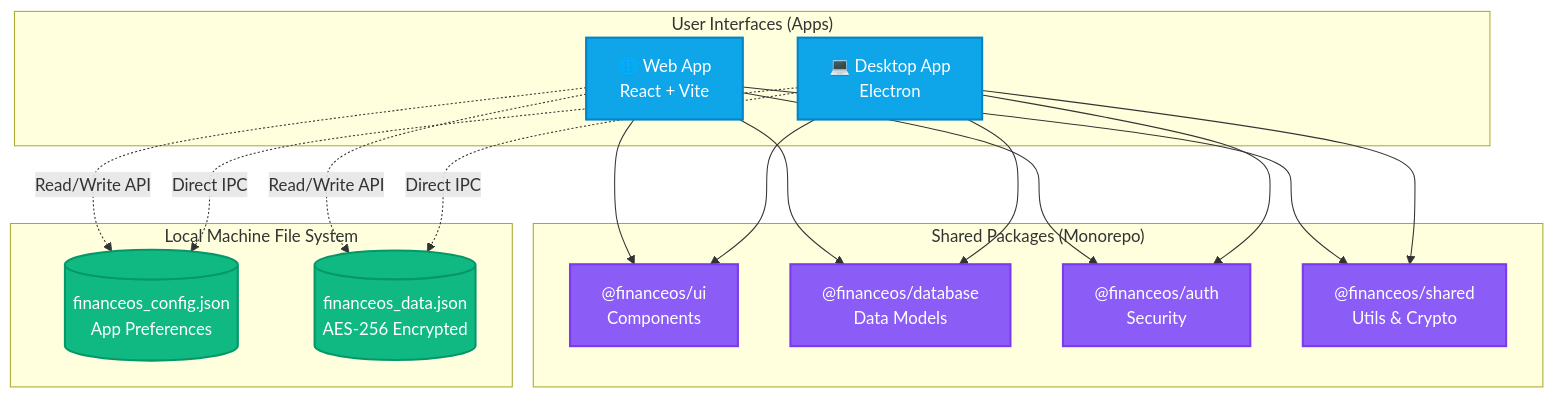
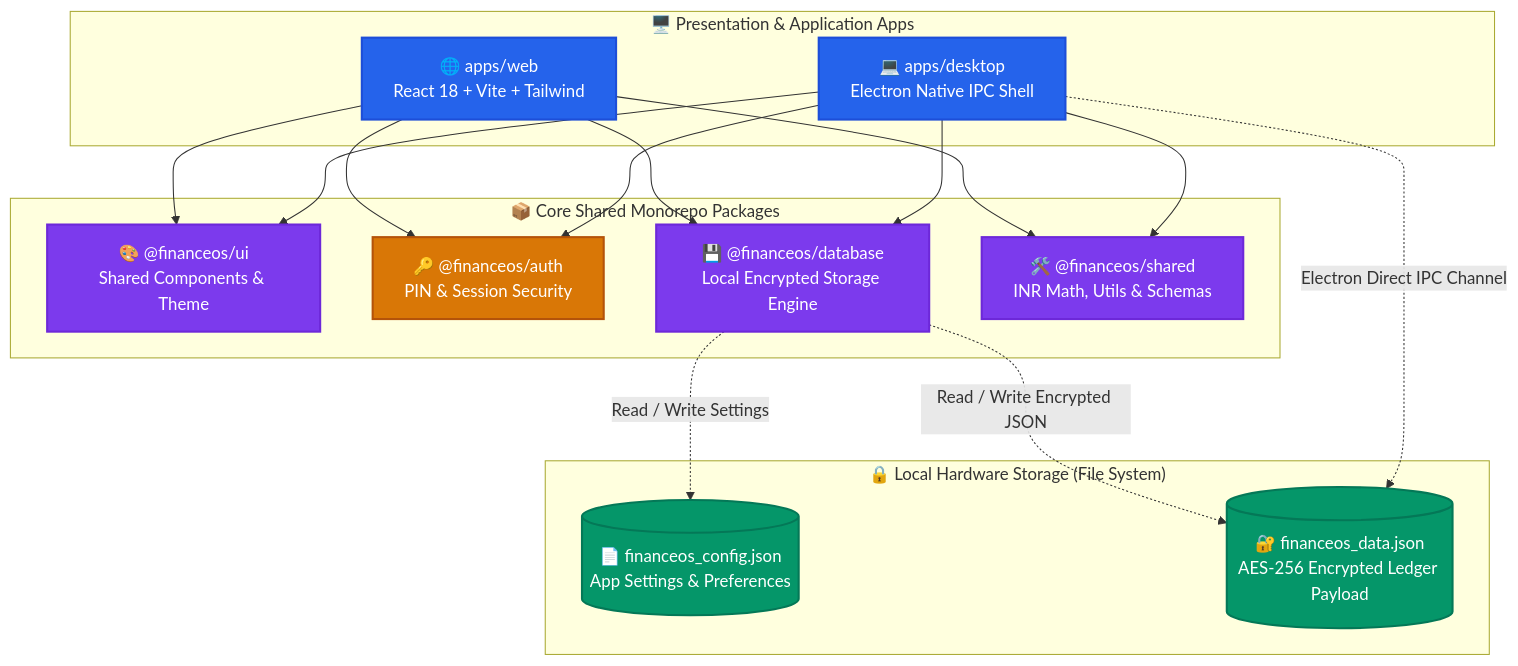
One commit to AnuroopSrivastava/MyFinanceOS changed the first of 3 diagrams in README.md. Above: the diagram before and after it, drawn with Mermaid. The commit also changed other lines of this file, not shown here.

Commit message:
docs: redesign README with badges, diagrams, security workflows, and monorepo structure

````diff
--- a/README.md
+++ b/README.md
@@ -48,42 +56,41 @@
 ```mermaid
 graph TD
-    %% Define styles
-    classDef client fill:#0ea5e9,stroke:#0284c7,stroke-width:2px,color:#fff;
-    classDef core fill:#8b5cf6,stroke:#7c3aed,stroke-width:2px,color:#fff;
-    classDef storage fill:#10b981,stroke:#059669,stroke-width:2px,color:#fff;
+    %% Custom Styling
+    classDef client fill:#2563eb,stroke:#1d4ed8,stroke-width:2px,color:#fff;
+    classDef core fill:#7c3aed,stroke:#6d28d9,stroke-width:2px,color:#fff;
+    classDef storage fill:#059669,stroke:#047857,stroke-width:2px,color:#fff;
+    classDef crypto fill:#d97706,stroke:#b45309,stroke-width:2px,color:#fff;
 
-    subgraph Clients["User Interfaces (Apps)"]
-        W["🌐 Web App<br/>React + Vite"]:::client
-        D["💻 Desktop App<br/>Electron"]:::client
+    subgraph ClientLayer["🖥️ Presentation & Application Apps"]
+        Web["🌐 apps/web<br/>React 18 + Vite + Tailwind"]:::client
+        Desktop["💻 apps/desktop<br/>Electron Native IPC Shell"]:::client
     end
 
-    subgraph Core["Shared Packages (Monorepo)"]
-        UI["@financeos/ui<br/>Components"]:::core
-        DB["@financeos/database<br/>Data Models"]:::core
-        Auth["@financeos/auth<br/>Security"]:::core
-        Shared["@financeos/shared<br/>Utils & Crypto"]:::core
+    subgraph PackageLayer["📦 Core Shared Monorepo Packages"]
+        UI["🎨 @financeos/ui<br/>Shared Components & Theme"]:::core
+        Auth["🔑 @financeos/auth<br/>PIN & Session Security"]:::crypto
+        DB["💾 @financeos/database<br/>Local Encrypted Storage Engine"]:::core
+        Shared["🛠️ @financeos/shared<br/>INR Math, Utils & Schemas"]:::core
     end
 
-    subgraph LocalStorage["Local Machine File System"]
-        Config[("financeos_config.json<br/>App Preferences")]:::storage
-        Data[("financeos_data.json<br/>AES-256 Encrypted")]:::storage
+    subgraph StorageLayer["🔒 Local Hardware Storage (File System)"]
+        ConfigFile[("📄 financeos_config.json<br/>App Settings & Preferences")]:::storage
+        DataFile[("🔐 financeos_data.json<br/>AES-256 Encrypted Ledger Payload")]:::storage
     end
 
-    %% Client Dependencies
-    W --> UI
-    W --> DB
-    W --> Auth
-    W --> Shared
+    %% Component Interconnections
+    Web --> UI
+    Web --> Auth
+    Web --> DB
+    Web --> Shared
 
-    D --> UI
-    D --> DB
-    D --> Auth
-    D --> Shared
+    Desktop --> UI
+    Desktop --> Auth
+    Desktop --> DB
+    Desktop --> Shared
 
-    %% Data Flow
-    W -.->|Read/Write API| Config
-    W -.->|Read/Write API| Data
-    
-    D -.->|Direct IPC| Config
-    D -.->|Direct IPC| Data
+    %% File System Persistence Flow
+    DB -.->|Read / Write Encrypted JSON| DataFile
+    DB -.->|Read / Write Settings| ConfigFile
+    Desktop -.->|Electron Direct IPC Channel| DataFile
 ```
````
